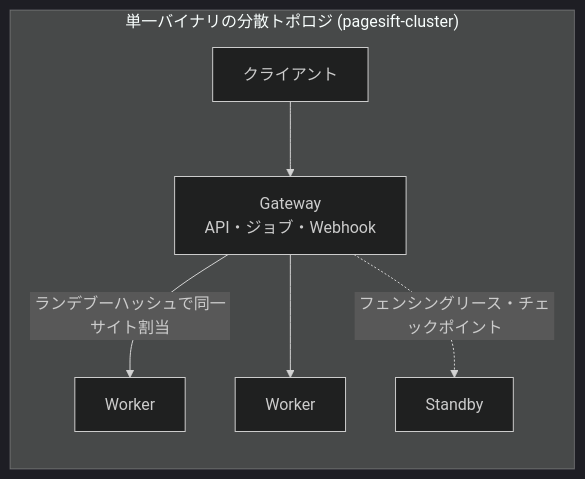
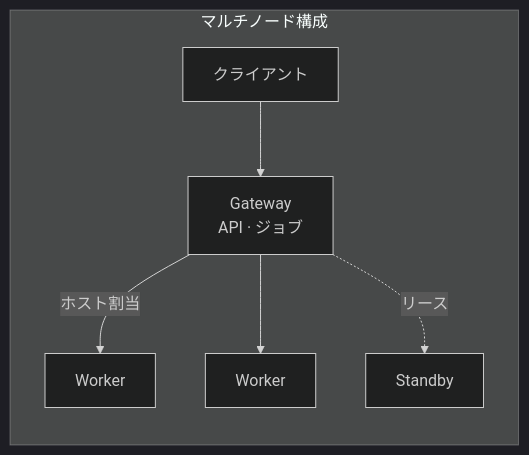
Before and after one commit to YOLOW92/pagesift: the fourth of 4 diagrams in docs/README.ja.md, drawn with Mermaid (dark theme). The commit also changed other lines of this file and 104 other files, not shown here.

````diff
--- a/docs/README.ja.md
+++ b/docs/README.ja.md
@@ -209,9 +192,9 @@
 ```mermaid
 flowchart LR
-    subgraph Fleet["単一バイナリの分散トポロジ (pagesift-cluster)"]
-        C[クライアント] --> G[Gateway<br/>API・ジョブ・Webhook]
-        G -->|ランデブーハッシュで同一サイト割当| W1[Worker]
-        G --> W2[Worker]
-        G -.->|フェンシングリース・チェックポイント| S[Standby]
+    subgraph Fleet["マルチノード構成"]
+        C["クライアント"] --> G["Gateway<br/>API · ジョブ"]
+        G -->|ホスト割当| W1["Worker"]
+        G --> W2["Worker"]
+        G -.->|リース| S["Standby"]
     end
 ```
````
